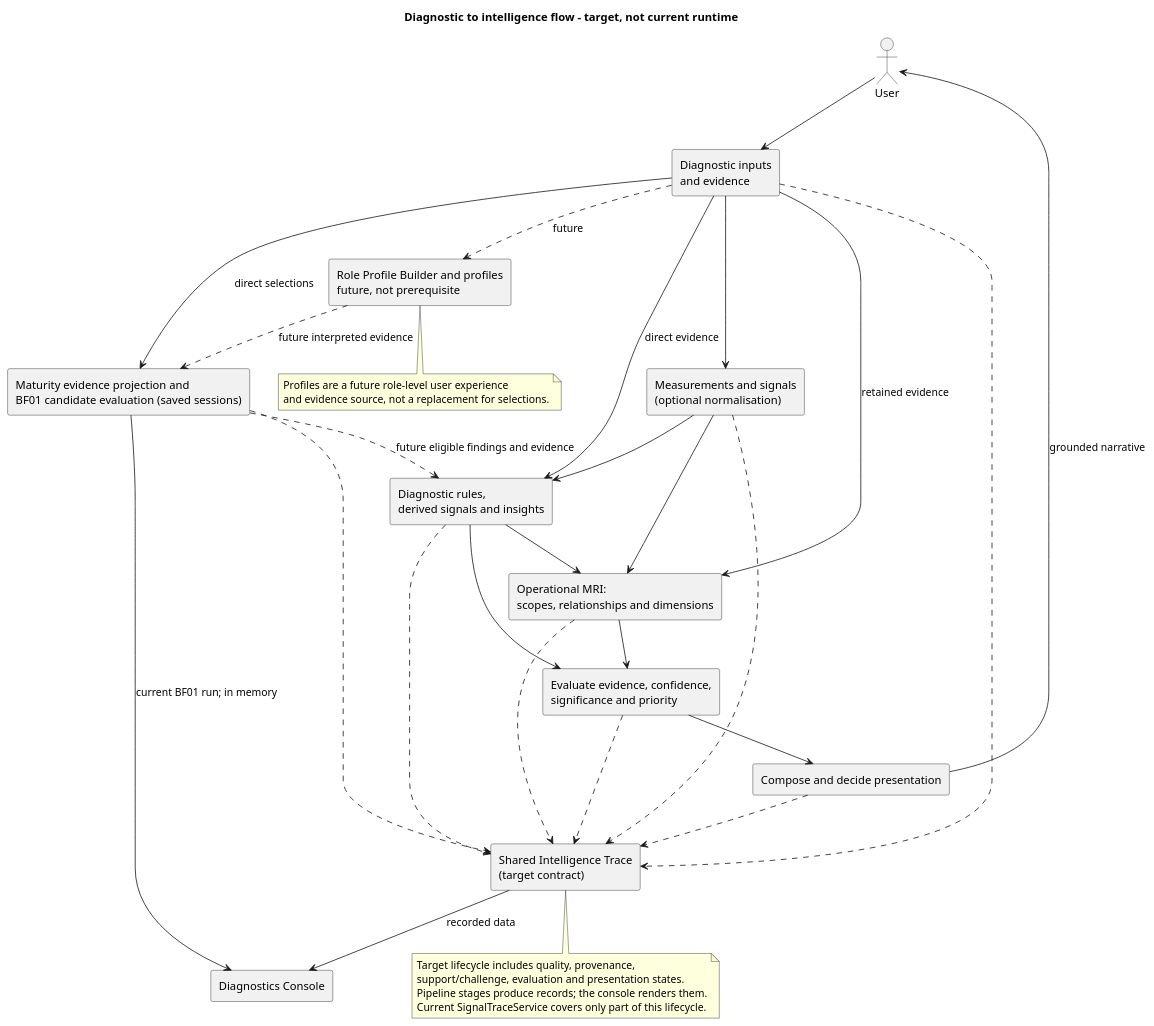
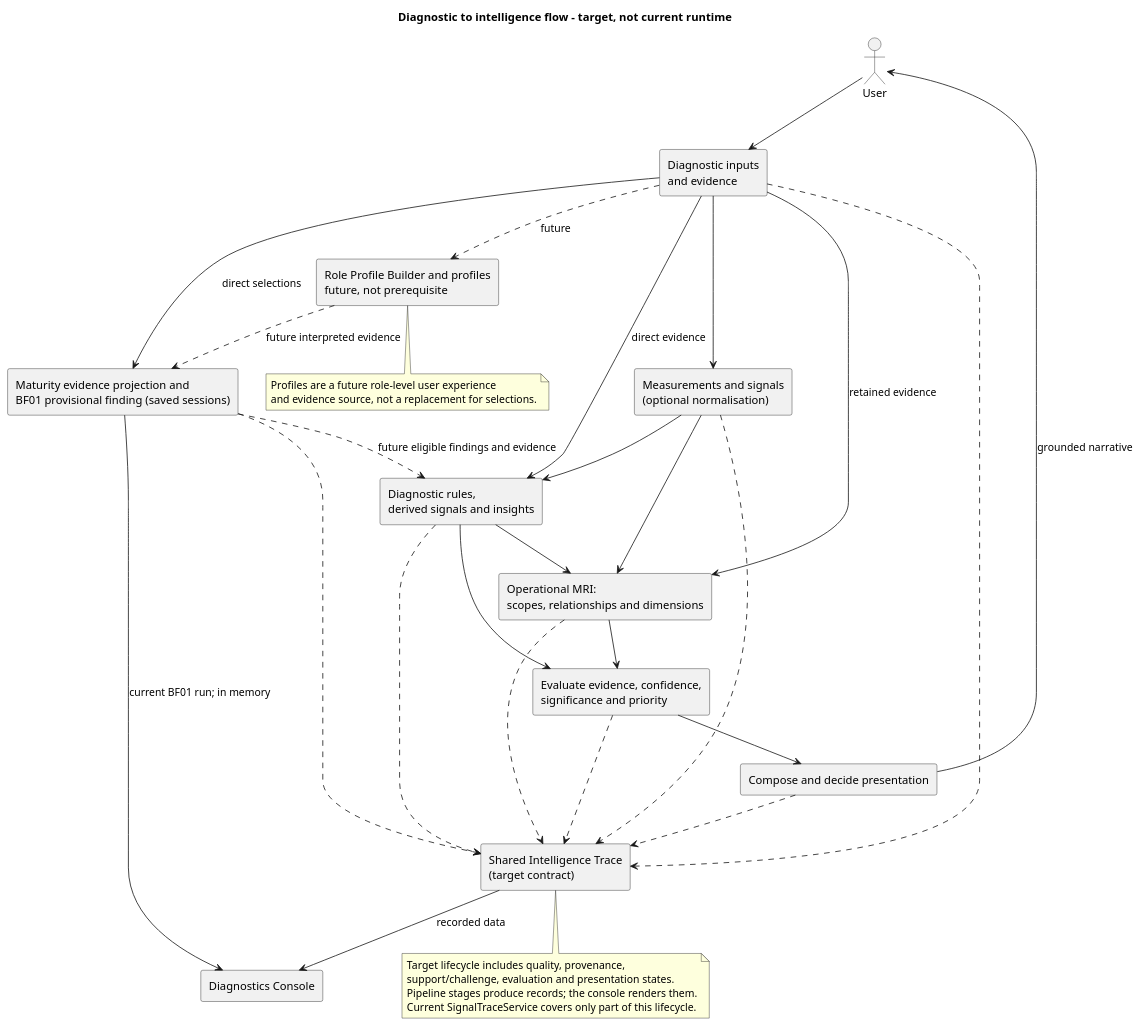
The diagram in OperationalIntelligenceHub/docs/architecture/runtime_pipeline.puml (Dowlingfuau/Empowered-Delivery), drawn with PlantUML before and after one commit. The commit also changed 22 other files, not shown here.

Commit message:
Implemented the BF01 provisional finding in the existing Maturity results and Diagnostics Console. The numeric pipeline remains separate.

```diff
--- a/OperationalIntelligenceHub/docs/architecture/runtime_pipeline.puml
+++ b/OperationalIntelligenceHub/docs/architecture/runtime_pipeline.puml
@@ -1,48 +1,48 @@
 @startuml
 title Diagnostic to intelligence flow - target, not current runtime
 actor User
 rectangle "Diagnostic inputs\nand evidence" as input
 rectangle "Measurements and signals\n(optional normalisation)" as signal
 rectangle "Diagnostic rules,\nderived signals and insights" as diagnostic
-rectangle "Maturity evidence projection and\nBF01 candidate evaluation (saved sessions)" as maturity
+rectangle "Maturity evidence projection and\nBF01 provisional finding (saved sessions)" as maturity
 rectangle "Role Profile Builder and profiles\nfuture, not prerequisite" as profiles
 rectangle "Operational MRI:\nscopes, relationships and dimensions" as mri
 rectangle "Evaluate evidence, confidence,\nsignificance and priority" as evaluation
 rectangle "Compose and decide presentation" as output
 rectangle "Shared Intelligence Trace\n(target contract)" as trace
 rectangle "Diagnostics Console" as console
 User --> input
 input --> signal
 input --> diagnostic : direct evidence
 signal --> diagnostic
 input --> maturity : direct selections
 input ..> profiles : future
 profiles ..> maturity : future interpreted evidence
 maturity ..> diagnostic : future eligible findings and evidence
 input --> mri : retained evidence
 signal --> mri
 diagnostic --> mri
 diagnostic --> evaluation
 mri --> evaluation
 evaluation --> output
 output --> User : grounded narrative
 input ..> trace
 signal ..> trace
 maturity ..> trace
 maturity --> console : current BF01 run; in memory
 diagnostic ..> trace
 mri ..> trace
 evaluation ..> trace
 output ..> trace
 trace --> console : recorded data
 note bottom of trace
   Target lifecycle includes quality, provenance,
   support/challenge, evaluation and presentation states.
   Pipeline stages produce records; the console renders them.
   Current SignalTraceService covers only part of this lifecycle.
 end note
 note bottom of profiles
   Profiles are a future role-level user experience
   and evidence source, not a replacement for selections.
 end note
 @enduml
```
